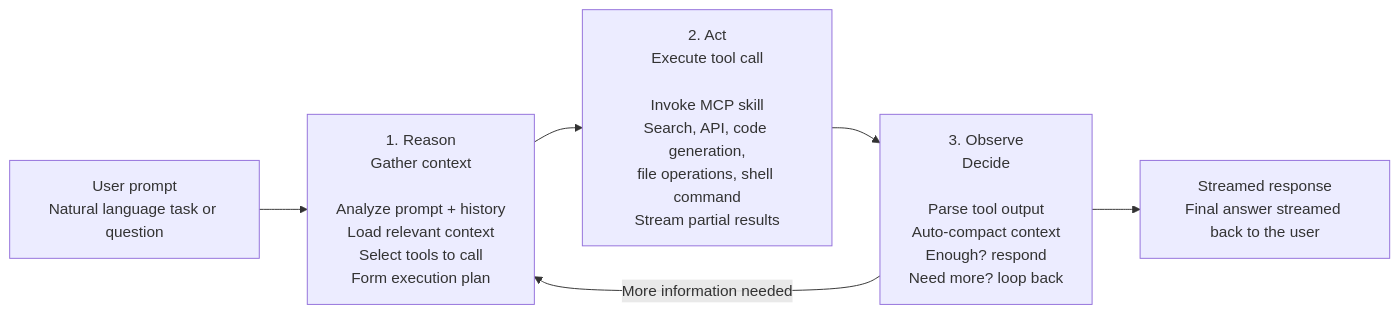
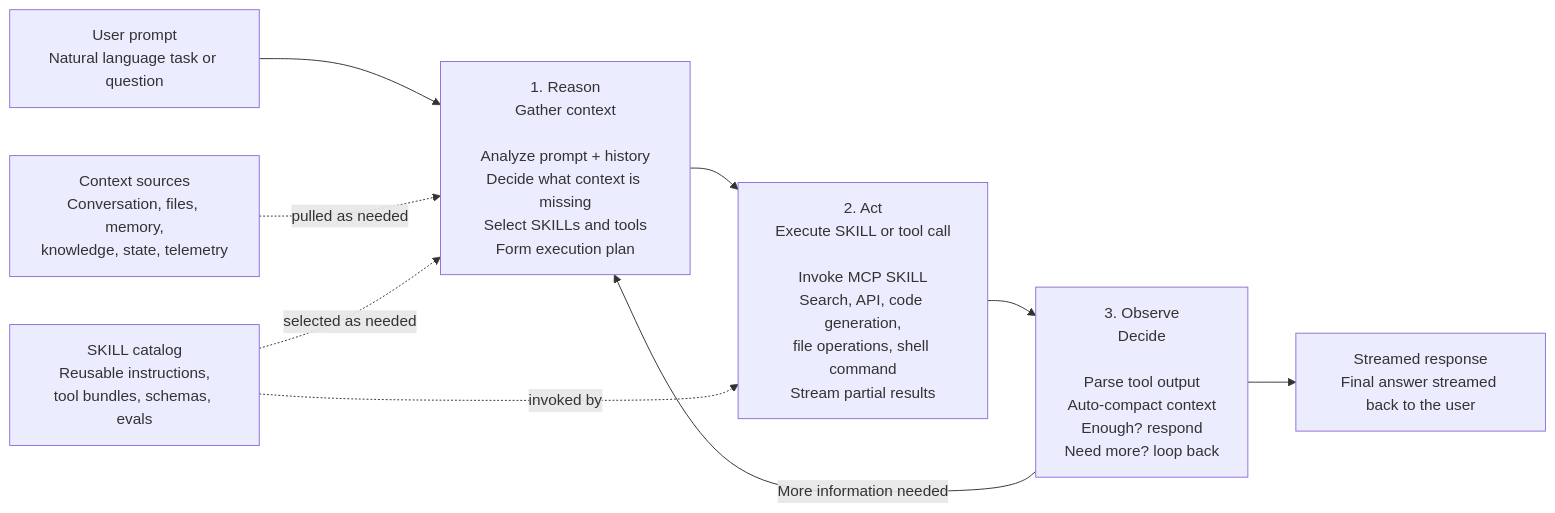
Before and after one commit to aiappsgbb/agentic-loop: the diagram in docs/concepts/agentic-loop.md, drawn with Mermaid. The commit also changed other lines of this file, not shown here.

Commit message:
Expand agentic loop context model

````diff
--- a/docs/concepts/agentic-loop.md
+++ b/docs/concepts/agentic-loop.md
@@ -7,11 +7,16 @@
 ```mermaid
 flowchart LR
   prompt[User prompt<br/>Natural language task or question]
-  reason[1. Reason<br/>Gather context<br/><br/>Analyze prompt + history<br/>Load relevant context<br/>Select tools to call<br/>Form execution plan]
-  act[2. Act<br/>Execute tool call<br/><br/>Invoke MCP skill<br/>Search, API, code generation,<br/>file operations, shell command<br/>Stream partial results]
+  context[Context sources<br/>Conversation, files, memory,<br/>knowledge, state, telemetry]
+  skills[SKILL catalog<br/>Reusable instructions,<br/>tool bundles, schemas, evals]
+  reason[1. Reason<br/>Gather context<br/><br/>Analyze prompt + history<br/>Decide what context is missing<br/>Select SKILLs and tools<br/>Form execution plan]
+  act[2. Act<br/>Execute SKILL or tool call<br/><br/>Invoke MCP SKILL<br/>Search, API, code generation,<br/>file operations, shell command<br/>Stream partial results]
   observe[3. Observe<br/>Decide<br/><br/>Parse tool output<br/>Auto-compact context<br/>Enough? respond<br/>Need more? loop back]
   response[Streamed response<br/>Final answer streamed back to the user]
 
   prompt --> reason --> act --> observe --> response
+  context -. pulled as needed .-> reason
+  skills -. selected as needed .-> reason
+  skills -. invoked by .-> act
   observe -- More information needed --> reason
 ```
````
